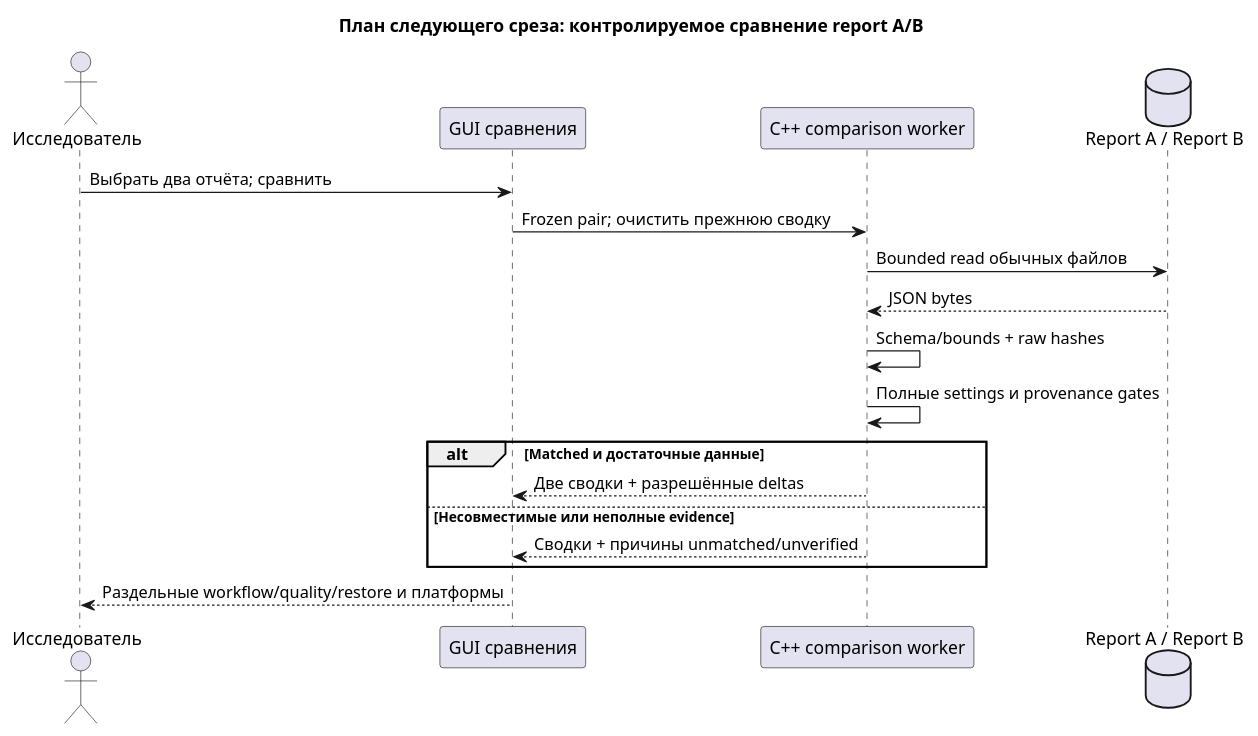
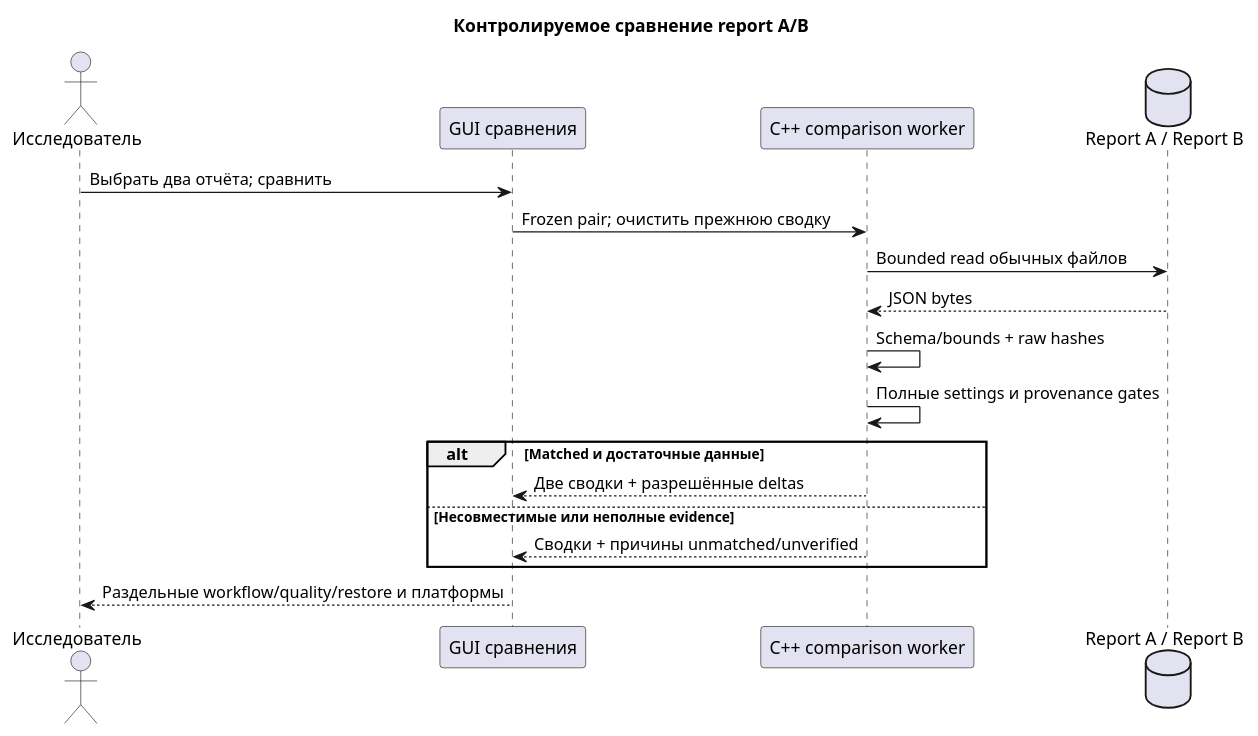
Diagram 11 of 11 in docs/architecture/RESEARCH_RUNTIME.md (AKTOETO/Surround-view), drawn with PlantUML before and after one commit. The commit also changed other lines of this file and 11 other files, not shown here.

````diff
--- a/docs/architecture/RESEARCH_RUNTIME.md
+++ b/docs/architecture/RESEARCH_RUNTIME.md
@@ -623,21 +623,21 @@
 ```plantuml
 @startuml
-title План следующего среза: контролируемое сравнение report A/B
+title Контролируемое сравнение report A/B
 actor Исследователь as User
 participant "GUI сравнения" as UI
 participant "C++ comparison worker" as Worker
 database "Report A / Report B" as Files
 User -> UI: Выбрать два отчёта; сравнить
 UI -> Worker: Frozen pair; очистить прежнюю сводку
 Worker -> Files: Bounded read обычных файлов
 Files --> Worker: JSON bytes
 Worker -> Worker: Schema/bounds + raw hashes
 Worker -> Worker: Полные settings и provenance gates
 alt Matched и достаточные данные
   Worker --> UI: Две сводки + разрешённые deltas
 else Несовместимые или неполные evidence
   Worker --> UI: Сводки + причины unmatched/unverified
 end
 UI --> User: Раздельные workflow/quality/restore и платформы
 @enduml
 ```
````
